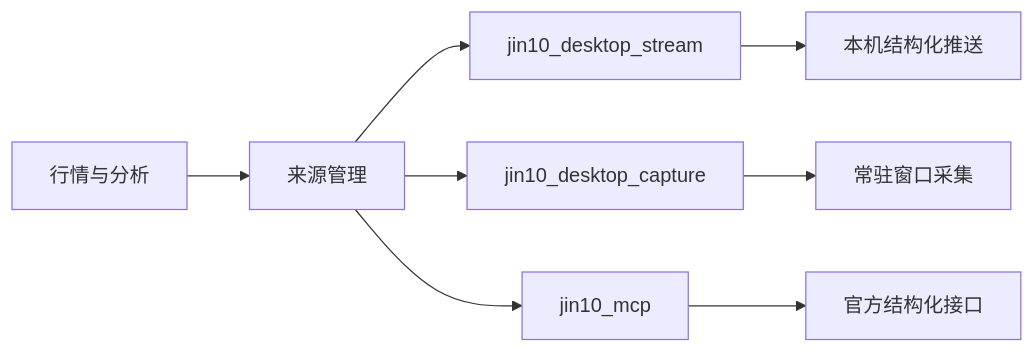
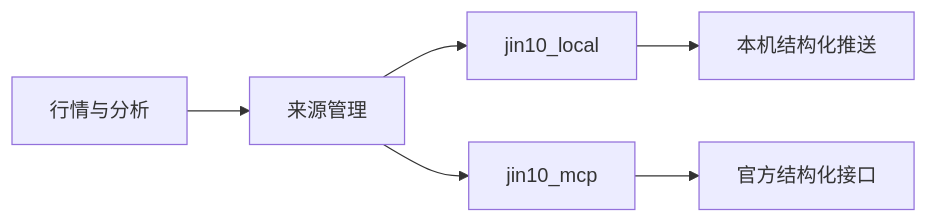
Before and after one commit to Daniel9572/TraceFang: the diagram in docs/local-data-acceleration.md, drawn with Mermaid. The commit also changed other lines of this file and 4 other files, not shown here.

````diff
--- a/docs/local-data-acceleration.md
+++ b/docs/local-data-acceleration.md
@@ -56,10 +48,8 @@
 ```mermaid
 flowchart LR
     UI["行情与分析"] --> R["来源管理"]
-    R --> S["jin10_desktop_stream"]
-    R --> C["jin10_desktop_capture"]
+    R --> S["jin10_local"]
     R --> M["jin10_mcp"]
     S --> L["本机结构化推送"]
-    C --> W["常驻窗口采集"]
     M --> O["官方结构化接口"]
 ```
````
